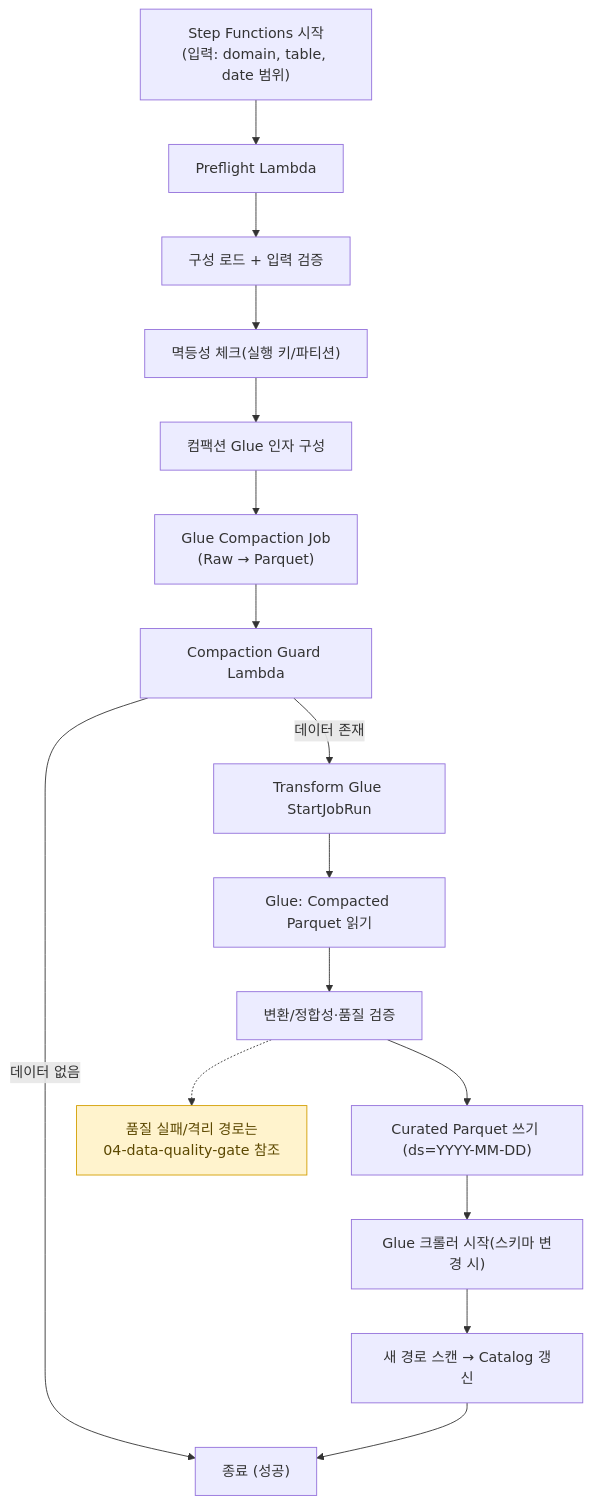
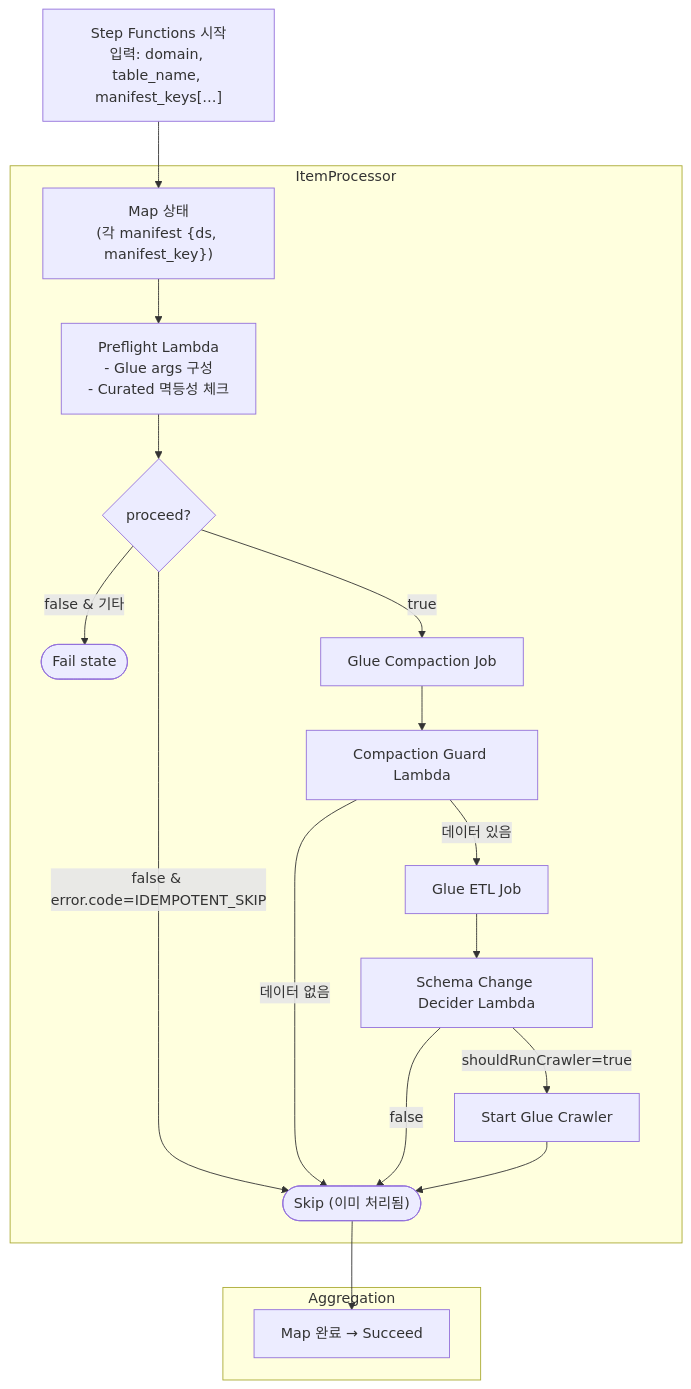
Before and after one commit to keemgdeok/fin-forge-pipeline: the diagram in docs/diagrams/transform/02-flow.md, drawn with Mermaid. The commit also changed 35 other files, not shown here.

Commit message:
docs: refresh diagrams

````diff
--- a/docs/diagrams/transform/02-flow.md
+++ b/docs/diagrams/transform/02-flow.md
@@ -1,27 +1,25 @@
 ```mermaid
 flowchart TD
-  A["Step Functions 시작<br/>(입력: domain, table, date 범위)"] --> B["Preflight Lambda"]
-  B --> C["구성 로드 + 입력 검증"]
-  C --> D["멱등성 체크(실행 키/파티션)"]
-  D --> E["컴팩션 Glue 인자 구성"]
-  E --> F["Glue Compaction Job<br/>(Raw → Parquet)"]
-  F --> G["Compaction Guard Lambda"]
-  G -->|데이터 존재| H["Transform Glue StartJobRun"]
-  G -->|데이터 없음| S["종료 (성공)"]
-  H --> I["Glue: Compacted Parquet 읽기"]
-  I --> J["변환/정합성·품질 검증"]
-  J --> K["Curated Parquet 쓰기 (ds=YYYY-MM-DD)"]
-  K --> L["Glue 크롤러 시작(스키마 변경 시)"]
-  L --> M["새 경로 스캔 → Catalog 갱신"]
-  M --> S
+  A["Step Functions 시작<br/>입력: domain, table_name, manifest_keys[…]"] --> B["Map 상태<br/>(각 manifest {ds, manifest_key})"]
 
-  %% DQ 상세 참고 노트
-  NDQ["품질 실패/격리 경로는<br/>04-data-quality-gate 참조"]:::note
-  J -.-> NDQ
+  subgraph ItemProcessor
+    B --> C["Preflight Lambda\n- Glue args 구성\n- Curated 멱등성 체크"]
+    C --> D{proceed?}
+    D -->|false & error.code=IDEMPOTENT_SKIP| SKIP(["Skip (이미 처리됨)"])
+    D -->|false & 기타| FAIL(["Fail state"])
+    D -->|true| COMP["Glue Compaction Job"]
+    COMP --> GUARD["Compaction Guard Lambda"]
+    GUARD -->|데이터 없음| SKIP
+    GUARD -->|데이터 있음| ETL["Glue ETL Job"]
+    ETL --> DECIDE["Schema Change Decider Lambda"]
+    DECIDE -->|shouldRunCrawler=true| CRAWLER["Start Glue Crawler"]
+    DECIDE -->|false| SKIP
+    CRAWLER --> SKIP
+  end
 
-  %% 오류/우회 경로: 단순화 위해 생략(핵심 플로우만 표시)
+  SKIP --> Z
 
-  
-
-  classDef note fill:#fff3cd,stroke:#d39e00,color:#5c4800;
+  subgraph Aggregation
+    Z["Map 완료 → Succeed"]
+  end
 ```
````
